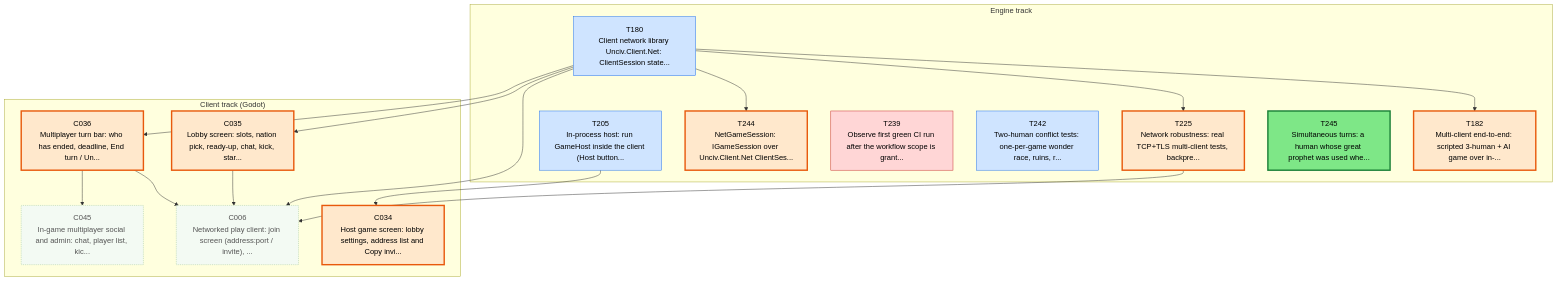
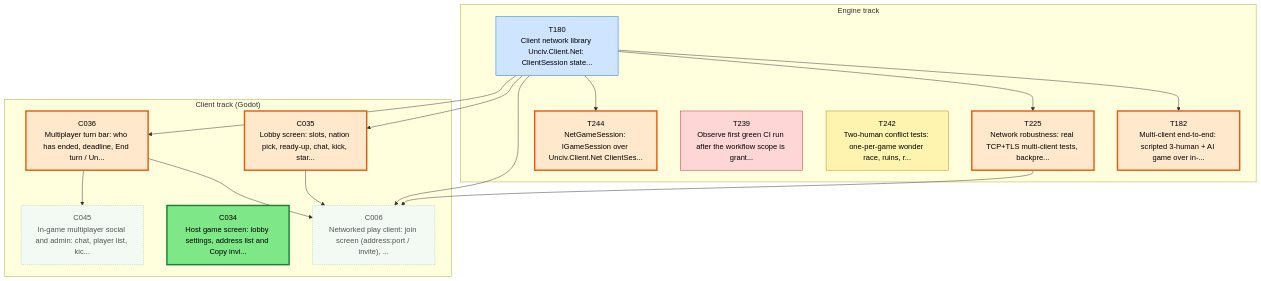
One commit to Kenmura/Unciv changed the first of 3 diagrams in csharp/migration/DEPENDENCY_MAP.md. Above: the diagram before and after it, drawn with Mermaid. The commit also changed other lines of this file and 1 other file, not shown here.

Commit message:
migration: review T205 pass [Adversarial Review]

````diff
--- a/csharp/migration/DEPENDENCY_MAP.md
+++ b/csharp/migration/DEPENDENCY_MAP.md
@@ -24,51 +24,46 @@
 ```mermaid
 flowchart TD
   subgraph TTRACK["Engine track"]
     T180["T180<br/>Client network library Unciv.Client.Net: ClientSession state..."]
     T182["T182<br/>Multi-client end-to-end: scripted 3-human + AI game over in-..."]
-    T205["T205<br/>In-process host: run GameHost inside the client (Host button..."]
     T225["T225<br/>Network robustness: real TCP+TLS multi-client tests, backpre..."]
     T239["T239<br/>Observe first green CI run after the workflow scope is grant..."]
     T242["T242<br/>Two-human conflict tests: one-per-game wonder race, ruins, r..."]
     T244["T244<br/>NetGameSession: IGameSession over Unciv.Client.Net ClientSes..."]
-    T245["T245<br/>Simultaneous turns: a human whose great prophet was used whe..."]
   end
   subgraph CTRACK["Client track (Godot)"]
     C006["C006<br/>Networked play client: join screen (address:port / invite), ..."]
     C034["C034<br/>Host game screen: lobby settings, address list and Copy invi..."]
     C035["C035<br/>Lobby screen: slots, nation pick, ready-up, chat, kick, star..."]
     C036["C036<br/>Multiplayer turn bar: who has ended, deadline, End turn / Un..."]
     C045["C045<br/>In-game multiplayer social and admin: chat, player list, kic..."]
   end
   T180 --> T182
   T180 --> T225
   T180 --> T244
   T180 --> C006
   C035 --> C006
   C036 --> C006
   T225 --> C006
-  T205 --> C034
   T180 --> C035
   T180 --> C036
   C036 --> C045
   classDef waiting fill:#f3faf3,stroke:#9bc49b,color:#555,stroke-dasharray:2 2
   classDef ondeck fill:#ffe8cc,stroke:#e8590c,stroke-width:3px,color:#000
   classDef ready fill:#7ee787,stroke:#1a7f37,stroke-width:3px,color:#000
   classDef prog fill:#fff3b0,stroke:#b58900,color:#000
   classDef review fill:#cfe4ff,stroke:#1f6feb,color:#000
   classDef blocked fill:#ffd6d6,stroke:#c62828,color:#000
   classDef done fill:#eeeeee,stroke:#999999,color:#666,stroke-dasharray:4 3
   class C006 waiting
-  class C034 ondeck
+  class C034 ready
   class C035 ondeck
   class C036 ondeck
   class C045 waiting
   class T180 review
   class T182 ondeck
-  class T205 review
   class T225 ondeck
   class T239 blocked
-  class T242 review
+  class T242 prog
   class T244 ondeck
-  class T245 ready
 ```
````
